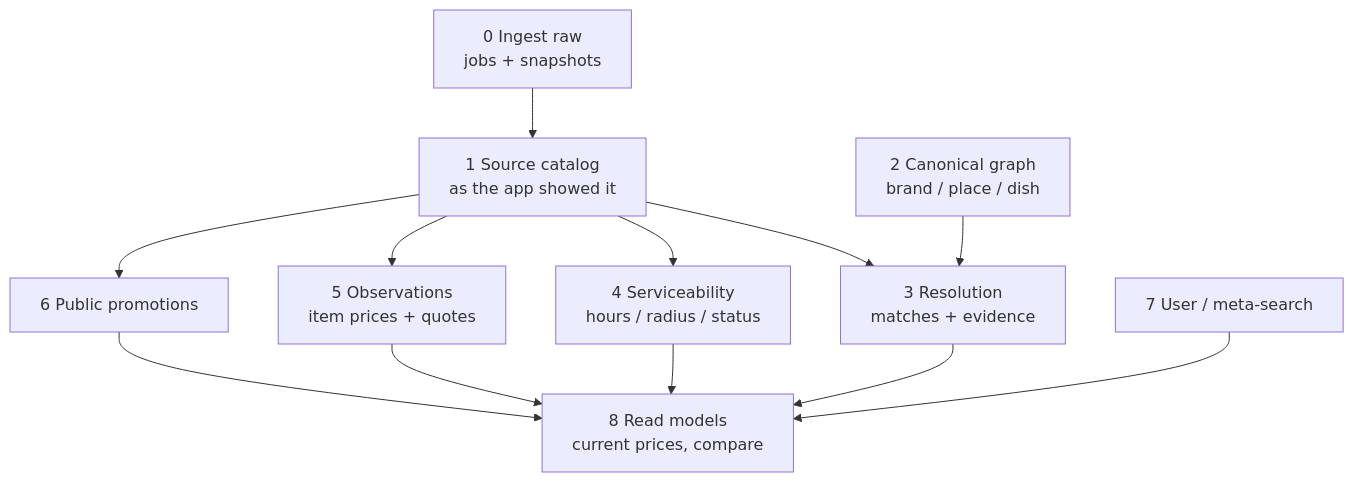
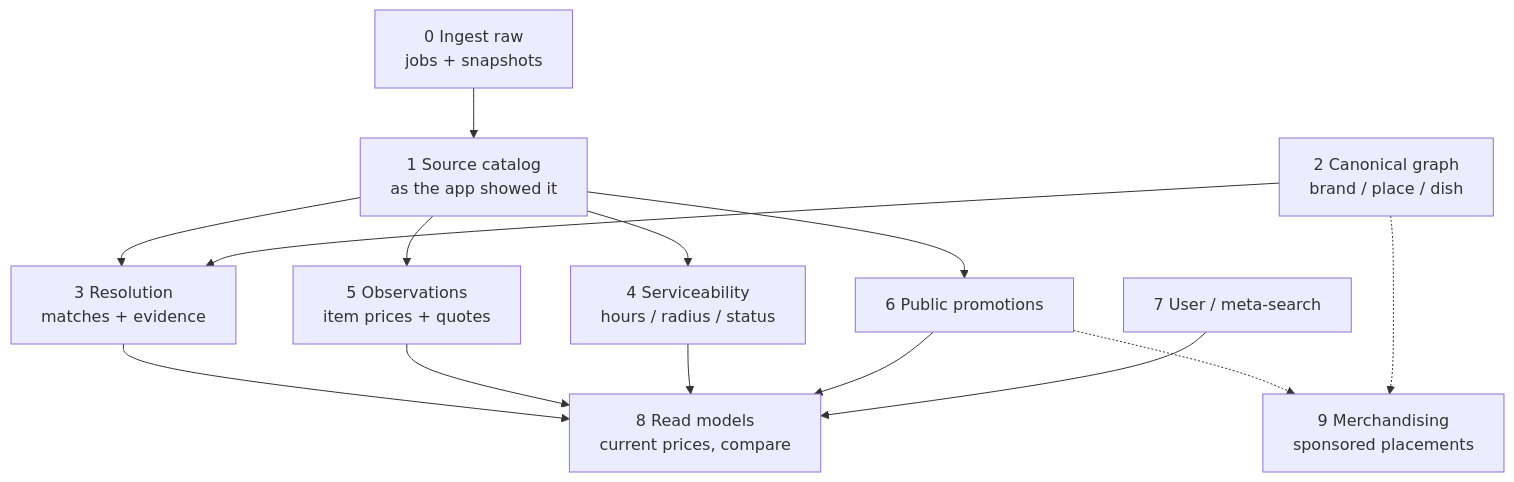
One commit to ChristianDenniss/nibble-local-dev changed the fourth of 10 diagrams in docs/architecture/data-model.md. Above: the diagram before and after it, drawn with Mermaid. The commit also changed other lines of this file and 9 other files, not shown here.

````diff
--- a/docs/architecture/data-model.md
+++ b/docs/architecture/data-model.md
@@ -512,24 +512,27 @@
 ```mermaid
 flowchart TB
   P0[0 Ingest raw<br/>jobs + snapshots]
   P1[1 Source catalog<br/>as the app showed it]
   P2[2 Canonical graph<br/>brand / place / dish]
   P3[3 Resolution<br/>matches + evidence]
   P4[4 Serviceability<br/>hours / radius / status]
   P5[5 Observations<br/>item prices + quotes]
   P6[6 Public promotions]
   P7[7 User / meta-search]
   P8[8 Read models<br/>current prices, compare]
+  P9[9 Merchandising<br/>sponsored placements]
 
   P0 --> P1
   P1 --> P3
   P2 --> P3
   P1 --> P4
   P1 --> P5
   P1 --> P6
   P3 --> P8
   P5 --> P8
   P4 --> P8
   P6 --> P8
   P7 --> P8
+  P6 -.-> P9
+  P2 -.-> P9
 ```
````
